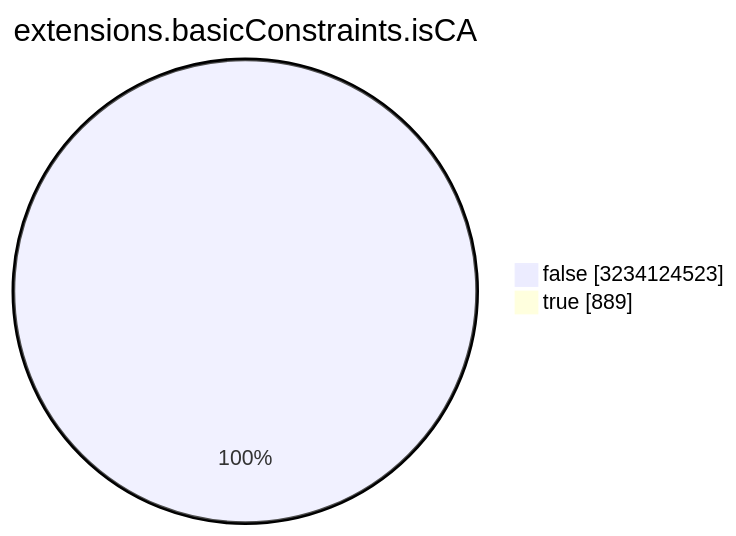
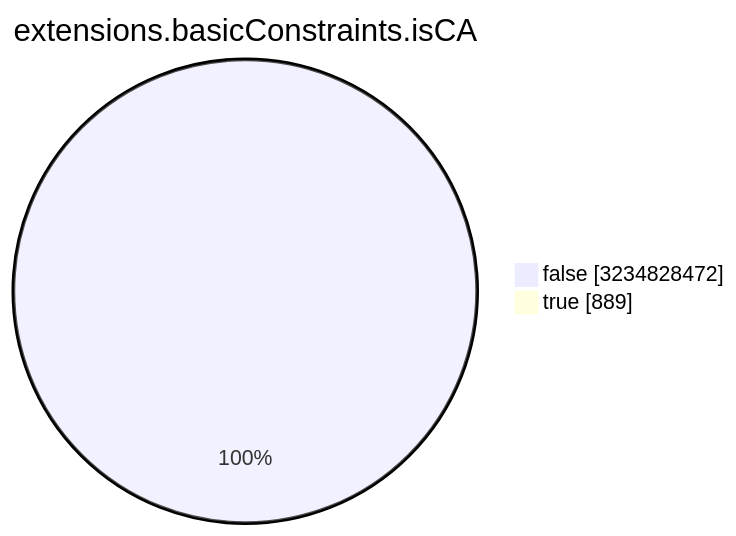
One commit to christiankrug/ctmonitor_visualization changed the seventh of 15 diagrams in TOTAL/README.md. Above: the diagram before and after it, drawn with Mermaid. The commit also changed other lines of this file, not shown here.

````diff
--- a/TOTAL/README.md
+++ b/TOTAL/README.md
@@ -3088,6 +3088,6 @@
 ```mermaid
 pie showData
 title extensions.basicConstraints.isCA
-"false" :3234124523
+"false" :3234828472
 "true" :889
 ```
````
